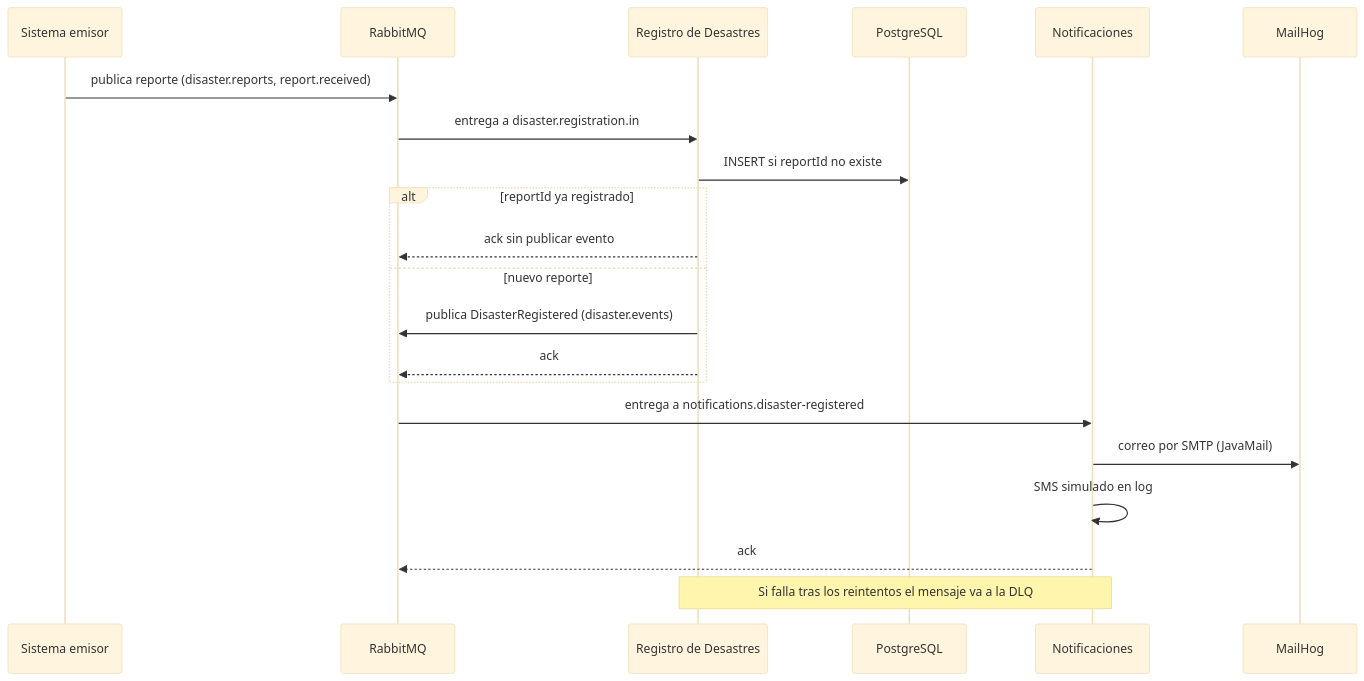
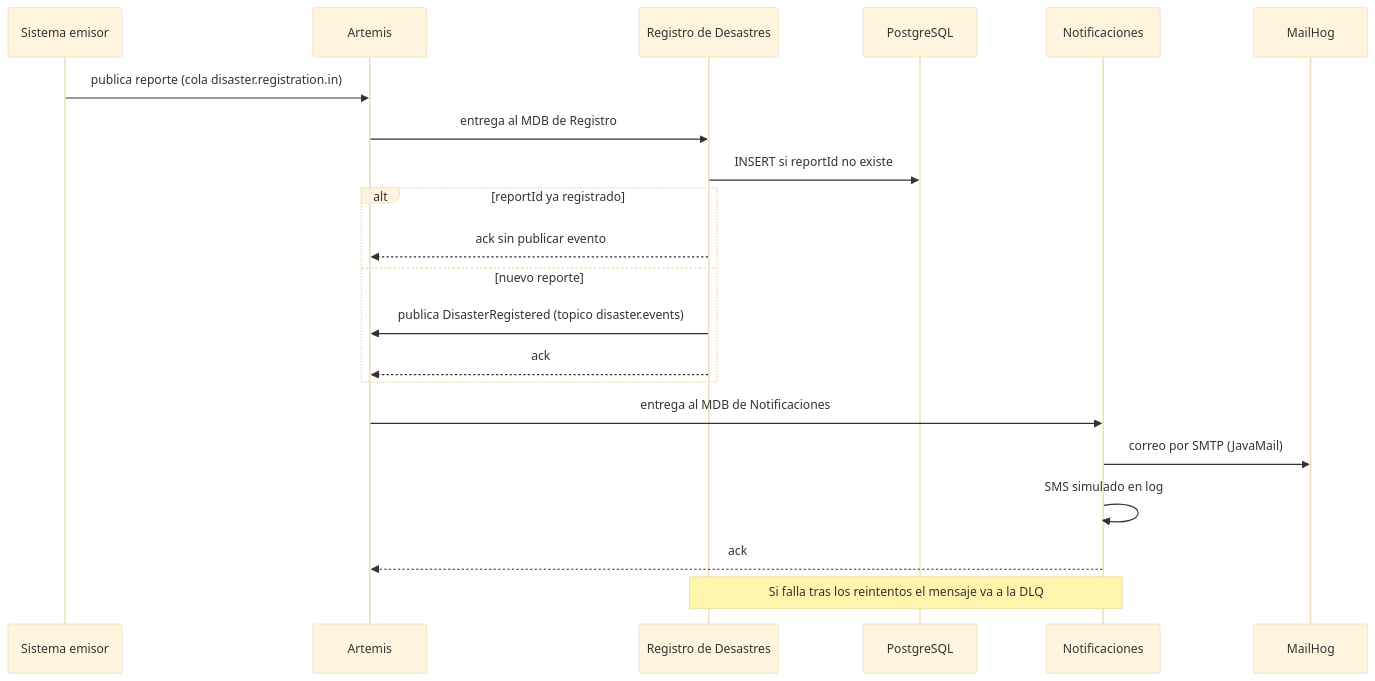
The second of 2 diagrams in docs/arquitectura.md (andreMD287/SistemaMensajeria), drawn with Mermaid (base theme) before and after one commit. The commit also changed other lines of this file and 7 other files, not shown here.

````diff
--- a/docs/arquitectura.md
+++ b/docs/arquitectura.md
@@ -69,23 +69,23 @@
 ```mermaid
 sequenceDiagram
   participant S as Sistema emisor
-  participant X as RabbitMQ
+  participant X as Artemis
   participant R as Registro de Desastres
   participant D as PostgreSQL
   participant N as Notificaciones
   participant M as MailHog
-  S->>X: publica reporte (disaster.reports, report.received)
-  X->>R: entrega a disaster.registration.in
+  S->>X: publica reporte (cola disaster.registration.in)
+  X->>R: entrega al MDB de Registro
   R->>D: INSERT si reportId no existe
   alt reportId ya registrado
     R-->>X: ack sin publicar evento
   else nuevo reporte
-    R->>X: publica DisasterRegistered (disaster.events)
+    R->>X: publica DisasterRegistered (topico disaster.events)
     R-->>X: ack
   end
-  X->>N: entrega a notifications.disaster-registered
+  X->>N: entrega al MDB de Notificaciones
   N->>M: correo por SMTP (JavaMail)
   N->>N: SMS simulado en log
   N-->>X: ack
   Note over R,N: Si falla tras los reintentos el mensaje va a la DLQ
 ```
````
